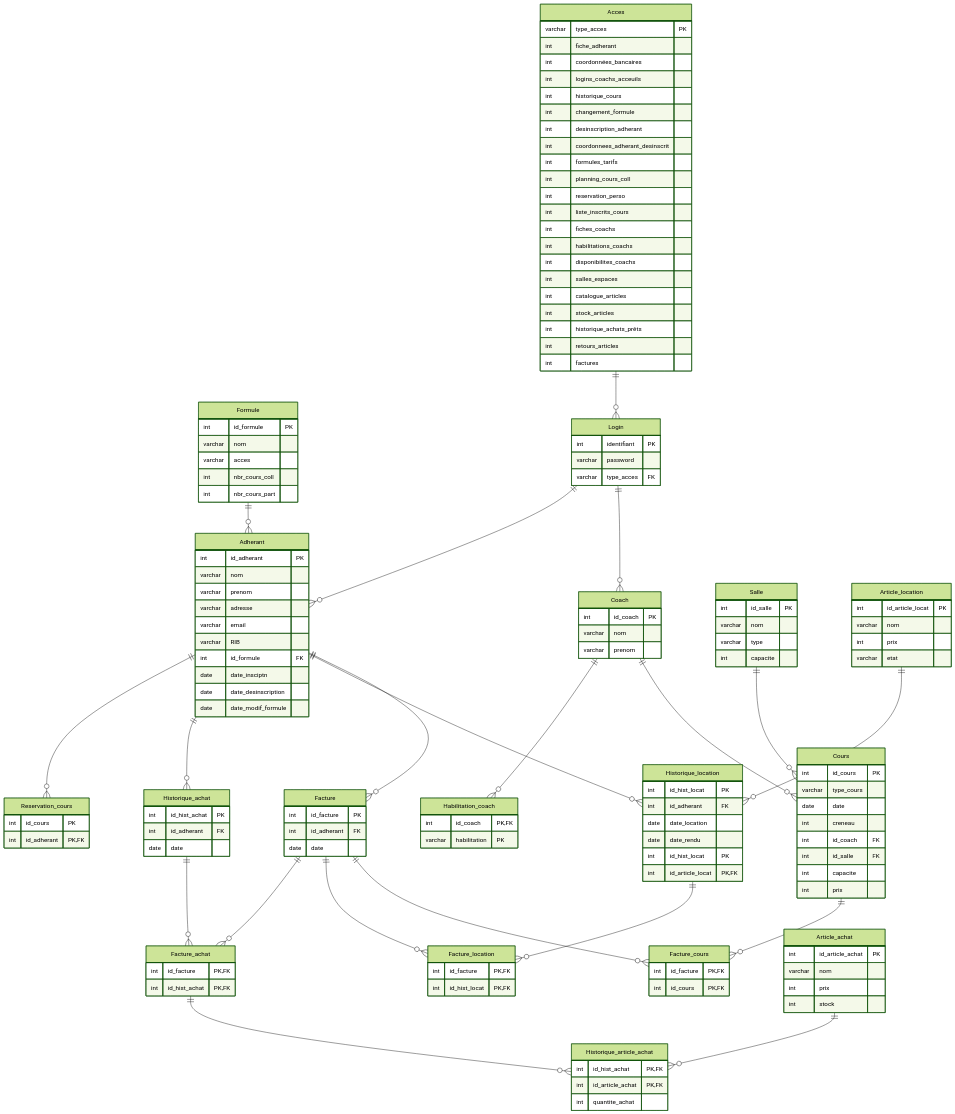
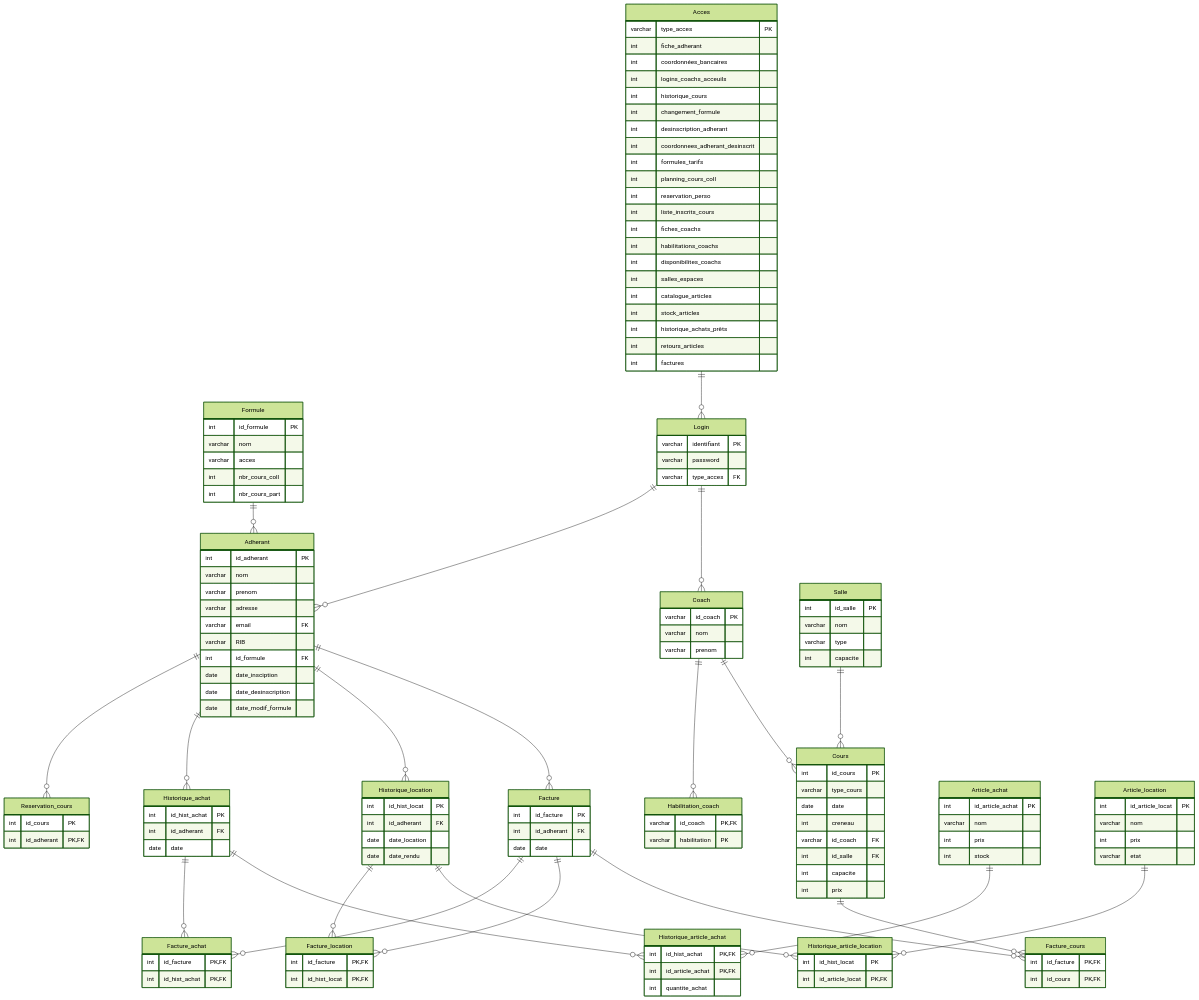
Before and after one commit to strakss3/cours-CERI: the second of 2 diagrams in L2/Modelisation_BDD/AMS/modelisation.md, drawn with Mermaid (forest theme). The commit also changed other lines of this file and 4 other files, not shown here.

```diff
--- a/L2/Modelisation_BDD/AMS/modelisation.md
+++ b/L2/Modelisation_BDD/AMS/modelisation.md
@@ -173,7 +173,7 @@
 erDiagram
 
     Habilitation_coach {
-        int id_coach PK, FK
+        varchar id_coach PK, FK
         varchar habilitation PK
     }
     Coach ||--o{ Habilitation_coach : ""
@@ -191,10 +191,10 @@
         varchar nom
         varchar prenom
         varchar adresse
-        varchar email
+        varchar email FK
         varchar RIB
         int id_formule FK
-        date date_insciptn
+        date date_insciption
         date date_desinscription
         date date_modif_formule
     }
@@ -237,7 +237,7 @@
     Facture ||--o{ Facture_location : ""
 
     Coach {
-        int id_coach PK
+        varchar id_coach PK
         varchar nom
         varchar prenom
     }
@@ -255,7 +255,7 @@
         varchar type_cours
         date date
         int creneau
-        int id_coach FK
+        varchar id_coach FK
         int id_salle FK
         int capacite
         int prix
@@ -283,7 +283,7 @@
         int quantite_achat
     }
     Article_achat ||--o{ Historique_article_achat : ""
-    Facture_achat ||--o{ Historique_article_achat : ""
+    Historique_achat ||--o{ Historique_article_achat : ""
 
     Article_location {
         int id_article_locat PK
@@ -292,11 +292,12 @@
         varchar etat
     }
 
-    Historique_location {
+    Historique_article_location {
         int id_hist_locat PK
         int id_article_locat PK, FK
     }
-    Article_location ||--o{ Historique_location : ""
+    Article_location ||--o{ Historique_article_location : ""
+    Historique_location ||--o{ Historique_article_location : ""
 
     Acces {
         varchar type_acces PK
@@ -323,7 +324,7 @@
     }
 
     Login {
-        int identifiant PK
+        varchar identifiant PK
         varchar password
         varchar type_acces FK
     }
```
